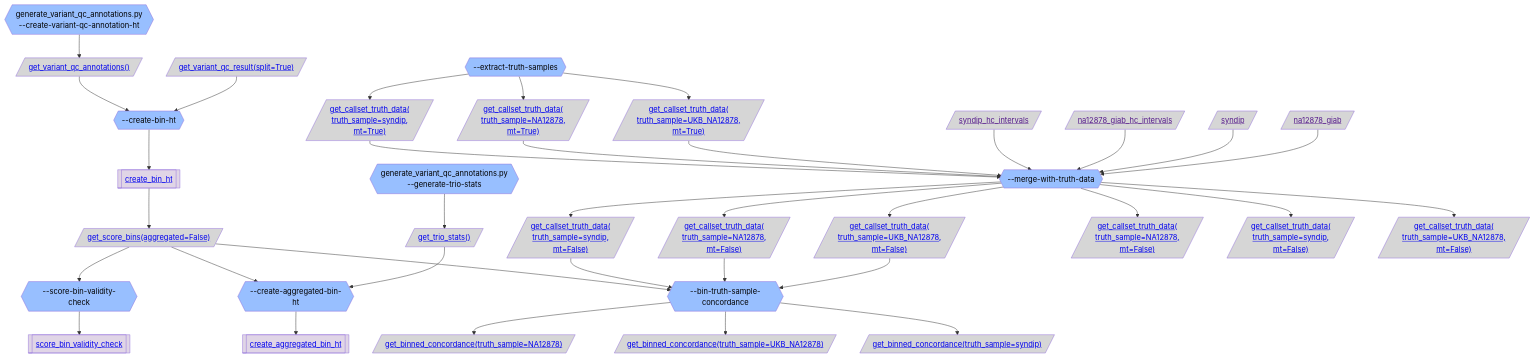
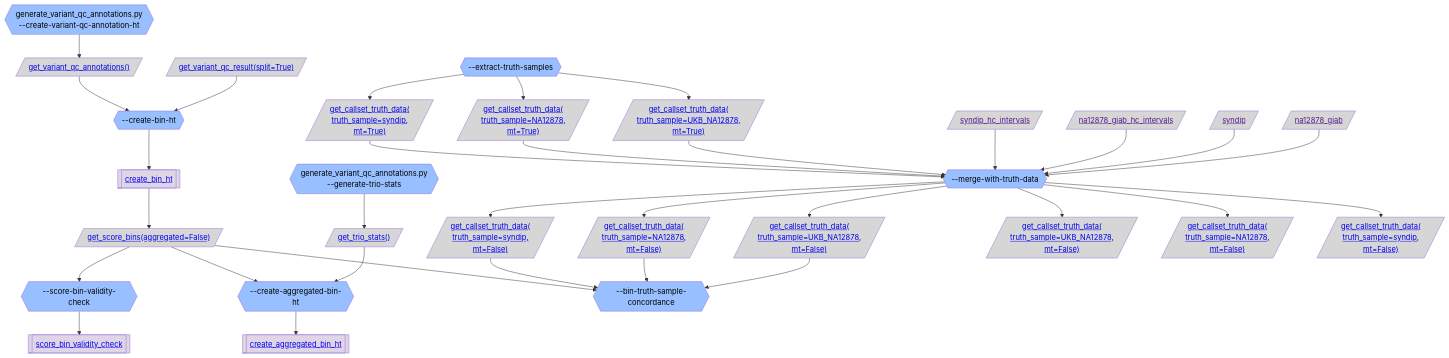
Before and after one commit to broadinstitute/gnomad_qc: the third of 5 diagrams in gnomad_qc/v4/variant_qc/README.md, drawn with Mermaid. The commit also changed other lines of this file and 3 other files, not shown here.

```diff
--- a/gnomad_qc/v4/variant_qc/README.md
+++ b/gnomad_qc/v4/variant_qc/README.md
@@ -159,9 +173,6 @@
 --generate-trio-stats"}}:::step_color;
   resource_get_trio_stats_[/"<a href='https://github.com/broadinstitute/gnomad_qc/tree/main/gnomad_qc/v4/resources/annotations.py#L113'>get_trio_stats()</a>"/]:::resource_color;
   step_bin_truth_sample_concordance{{"--bin-truth-sample-concordance"}}:::step_color;
-  get_binned_concordance_truth_sample_NA12878[/"<a href='https://github.com/broadinstitute/gnomad_qc/tree/main/gnomad_qc/v4/resources/variant_qc.py#L180'>get_binned_concordance(truth_sample=NA12878)</a>"/]:::resource_color;
-  get_binned_concordance_truth_sample_UKB_NA12878[/"<a href='https://github.com/broadinstitute/gnomad_qc/tree/main/gnomad_qc/v4/resources/variant_qc.py#L180'>get_binned_concordance(truth_sample=UKB_NA12878)</a>"/]:::resource_color;
-  get_binned_concordance_truth_sample_syndip[/"<a href='https://github.com/broadinstitute/gnomad_qc/tree/main/gnomad_qc/v4/resources/variant_qc.py#L180'>get_binned_concordance(truth_sample=syndip)</a>"/]:::resource_color;
   step_merge_with_truth_data{{"--merge-with-truth-data"}}:::step_color;
   resource_get_callset_truth_data_truth_sample_syndip_mt_False[/"<a href='https://github.com/broadinstitute/gnomad_qc/tree/main/gnomad_qc/v4/resources/variant_qc.py#L119'>get_callset_truth_data(
 truth_sample=syndip,
@@ -176,14 +187,14 @@
   resource_get_callset_truth_data_truth_sample_syndip_mt_True[/"<a href='https://github.com/broadinstitute/gnomad_qc/tree/main/gnomad_qc/v4/resources/variant_qc.py#L119'>get_callset_truth_data(
 truth_sample=syndip,
 mt=True)</a>"/]:::resource_color;
+  get_callset_truth_data_truth_sample_UKB_NA12878_mt_False[/"<a href='https://github.com/broadinstitute/gnomad_qc/tree/main/gnomad_qc/v4/resources/variant_qc.py#L119'>get_callset_truth_data(
+truth_sample=UKB_NA12878,
+mt=False)</a>"/]:::resource_color;
   get_callset_truth_data_truth_sample_NA12878_mt_False[/"<a href='https://github.com/broadinstitute/gnomad_qc/tree/main/gnomad_qc/v4/resources/variant_qc.py#L119'>get_callset_truth_data(
 truth_sample=NA12878,
 mt=False)</a>"/]:::resource_color;
   get_callset_truth_data_truth_sample_syndip_mt_False[/"<a href='https://github.com/broadinstitute/gnomad_qc/tree/main/gnomad_qc/v4/resources/variant_qc.py#L119'>get_callset_truth_data(
 truth_sample=syndip,
-mt=False)</a>"/]:::resource_color;
-  get_callset_truth_data_truth_sample_UKB_NA12878_mt_False[/"<a href='https://github.com/broadinstitute/gnomad_qc/tree/main/gnomad_qc/v4/resources/variant_qc.py#L119'>get_callset_truth_data(
-truth_sample=UKB_NA12878,
 mt=False)</a>"/]:::resource_color;
   resource_get_callset_truth_data_truth_sample_NA12878_mt_True[/"<a href='https://github.com/broadinstitute/gnomad_qc/tree/main/gnomad_qc/v4/resources/variant_qc.py#L119'>get_callset_truth_data(
 truth_sample=NA12878,
@@ -207,9 +218,6 @@
   step_generate_trio_stats --> resource_get_trio_stats_;
   resource_get_trio_stats_ --> step_create_aggregated_bin_ht;
   resource_get_score_bins_aggregated_False --> step_bin_truth_sample_concordance;
-  step_bin_truth_sample_concordance --> get_binned_concordance_truth_sample_NA12878;
-  step_bin_truth_sample_concordance --> get_binned_concordance_truth_sample_UKB_NA12878;
-  step_bin_truth_sample_concordance --> get_binned_concordance_truth_sample_syndip;
   step_merge_with_truth_data --> resource_get_callset_truth_data_truth_sample_syndip_mt_False;
   resource_get_callset_truth_data_truth_sample_syndip_mt_False --> step_bin_truth_sample_concordance;
   step_merge_with_truth_data --> resource_get_callset_truth_data_truth_sample_NA12878_mt_False;
@@ -218,9 +226,9 @@
   resource_get_callset_truth_data_truth_sample_UKB_NA12878_mt_False --> step_bin_truth_sample_concordance;
   step_extract_truth_samples --> resource_get_callset_truth_data_truth_sample_syndip_mt_True;
   resource_get_callset_truth_data_truth_sample_syndip_mt_True --> step_merge_with_truth_data;
+  step_merge_with_truth_data --> get_callset_truth_data_truth_sample_UKB_NA12878_mt_False;
   step_merge_with_truth_data --> get_callset_truth_data_truth_sample_NA12878_mt_False;
   step_merge_with_truth_data --> get_callset_truth_data_truth_sample_syndip_mt_False;
-  step_merge_with_truth_data --> get_callset_truth_data_truth_sample_UKB_NA12878_mt_False;
   step_extract_truth_samples --> resource_get_callset_truth_data_truth_sample_NA12878_mt_True;
   resource_get_callset_truth_data_truth_sample_NA12878_mt_True --> step_merge_with_truth_data;
   step_extract_truth_samples --> resource_get_callset_truth_data_truth_sample_UKB_NA12878_mt_True;
```
